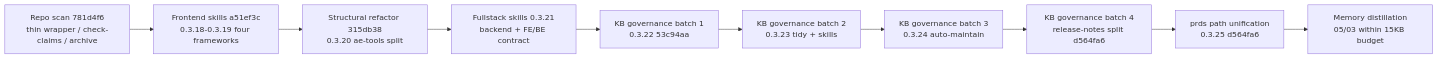
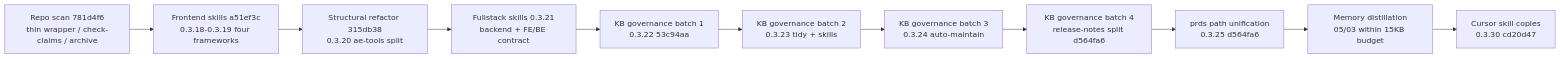
The first of 3 diagrams in docs/ae/graphs/maintainer-artifact-graph.md (YaoGUanquan/codex-ai-agent-engine), drawn with Mermaid before and after one commit. The commit also changed other lines of this file and 15 other files, not shown here.

Commit message:
docs: archive Cursor skill-copy discovery and update memory

````diff
--- a/docs/ae/graphs/maintainer-artifact-graph.md
+++ b/docs/ae/graphs/maintainer-artifact-graph.md
@@ -8,14 +8,15 @@
 ```mermaid
 flowchart LR
   scan["Repo scan 781d4f6<br/>thin wrapper / check-claims / archive"]
   fe["Frontend skills a51ef3c<br/>0.3.18-0.3.19 four frameworks"]
   struct["Structural refactor 315db38<br/>0.3.20 ae-tools split"]
   full["Fullstack skills 0.3.21<br/>backend + FE/BE contract"]
   kb1["KB governance batch 1<br/>0.3.22 53c94aa"]
   kb2["KB governance batch 2<br/>0.3.23 tidy + skills"]
   kb3["KB governance batch 3<br/>0.3.24 auto-maintain"]
   kb4["KB governance batch 4<br/>release-notes split d564fa6"]
   prds["prds path unification<br/>0.3.25 d564fa6"]
   distill["Memory distillation<br/>05/03 within 15KB budget"]
-  scan --> fe --> struct --> full --> kb1 --> kb2 --> kb3 --> kb4 --> prds --> distill
+  cursor["Cursor skill copies<br/>0.3.30 cd20d47"]
+  scan --> fe --> struct --> full --> kb1 --> kb2 --> kb3 --> kb4 --> prds --> distill --> cursor
 ```
````
